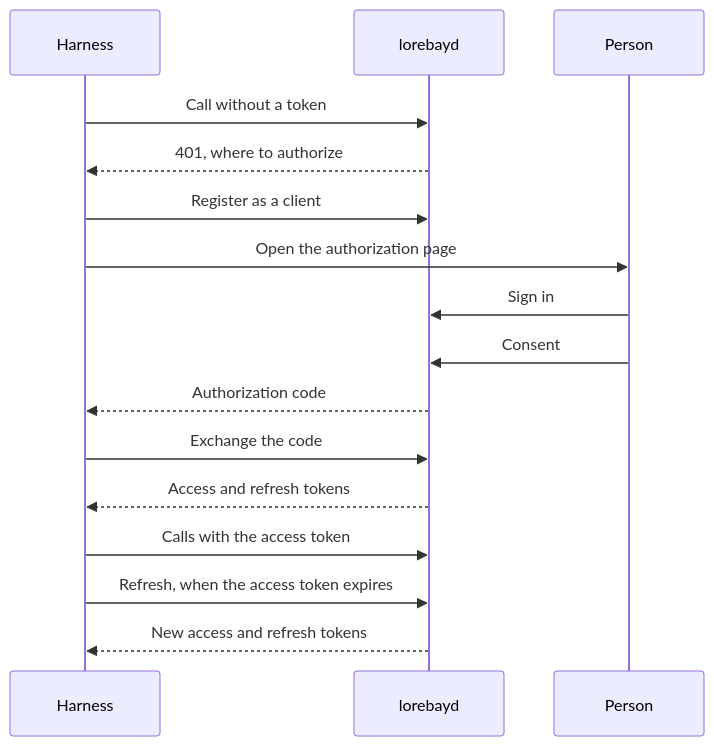
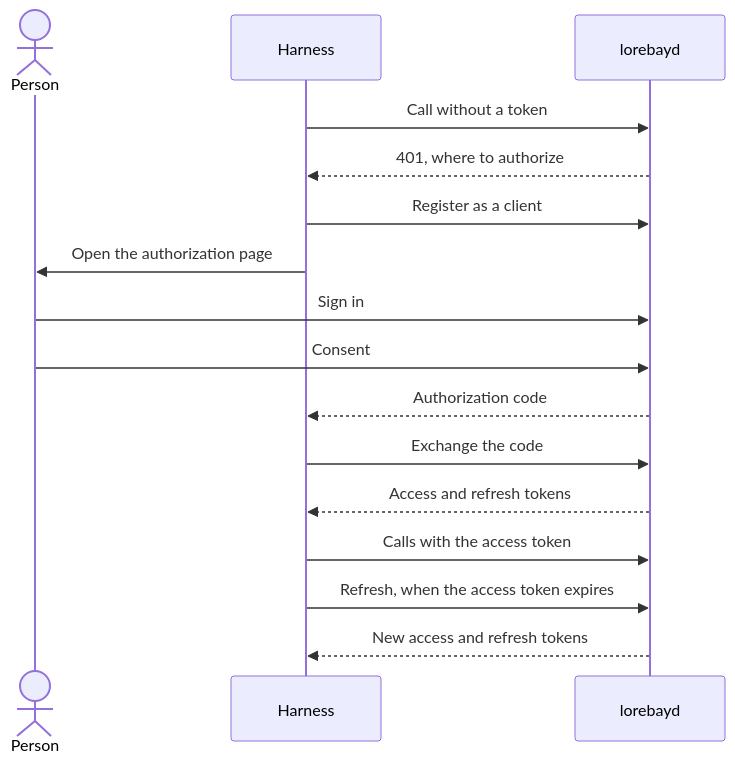
The diagram in docs/architecture/identity.md (lorebayai/lorebay), drawn with Mermaid before and after one commit. The commit also changed 1 other file, not shown here.

Commit message:
fix(members): preserve diagram order and space role wording

````diff
--- a/docs/architecture/identity.md
+++ b/docs/architecture/identity.md
@@ -214,15 +214,16 @@
 ```mermaid
 sequenceDiagram
+    actor Person
     Harness->>lorebayd: Call without a token
     lorebayd-->>Harness: 401, where to authorize
     Harness->>lorebayd: Register as a client
     Harness->>Person: Open the authorization page
     Person->>lorebayd: Sign in
     Person->>lorebayd: Consent
     lorebayd-->>Harness: Authorization code
     Harness->>lorebayd: Exchange the code
     lorebayd-->>Harness: Access and refresh tokens
     Harness->>lorebayd: Calls with the access token
     Harness->>lorebayd: Refresh, when the access token expires
     lorebayd-->>Harness: New access and refresh tokens
 ```
````
